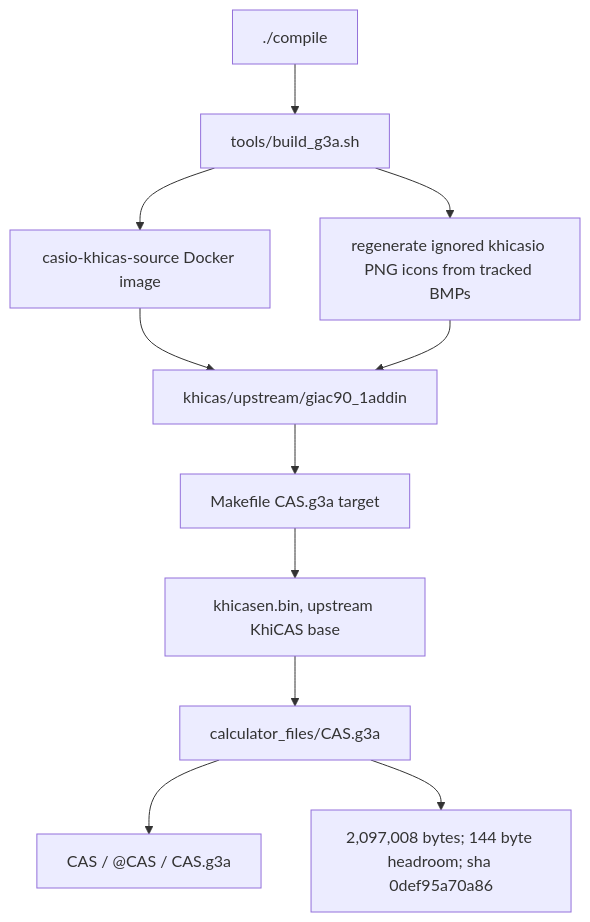
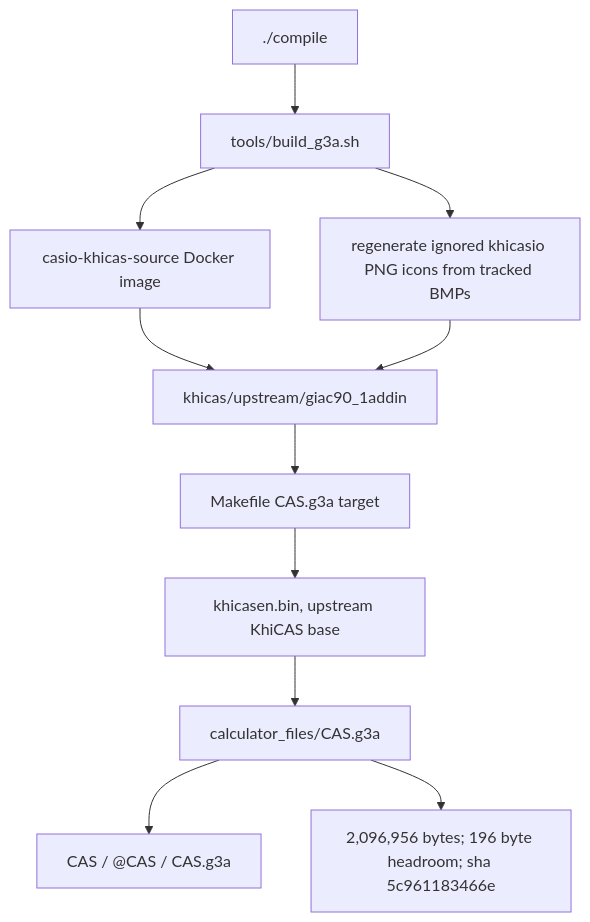
One commit to james8464/notes-addin-casio-fx-cg50 changed the first of 6 diagrams in docs/GRAPH.md. Above: the diagram before and after it, drawn with Mermaid. The commit also changed other lines of this file and 5 other files, not shown here.

````diff
--- a/docs/GRAPH.md
+++ b/docs/GRAPH.md
@@ -7,13 +7,13 @@
 ```mermaid
 graph TD
   Compile["./compile"] --> Build["tools/build_g3a.sh"]
   Build --> Docker["casio-khicas-source Docker image"]
   Docker --> Src["khicas/upstream/giac90_1addin"]
   Build --> Icons["regenerate ignored khicasio PNG icons from tracked BMPs"]
   Icons --> Src
   Src --> Make["Makefile CAS.g3a target"]
   Make --> Bin["khicasen.bin, upstream KhiCAS base"]
   Bin --> G3A["calculator_files/CAS.g3a"]
   G3A --> Meta["CAS / @CAS / CAS.g3a"]
-  G3A --> Size["2,097,008 bytes; 144 byte headroom; sha 0def95a70a86"]
+  G3A --> Size["2,096,956 bytes; 196 byte headroom; sha 5c961183466e"]
 ```
````
